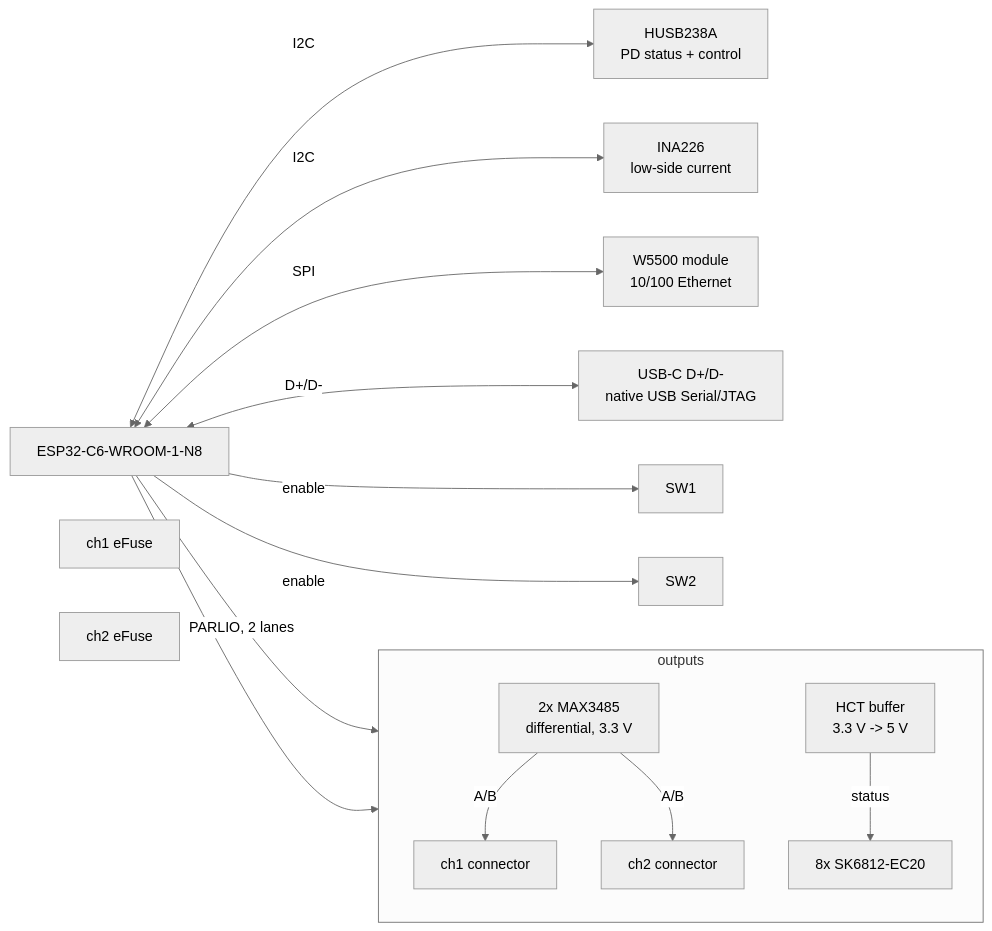
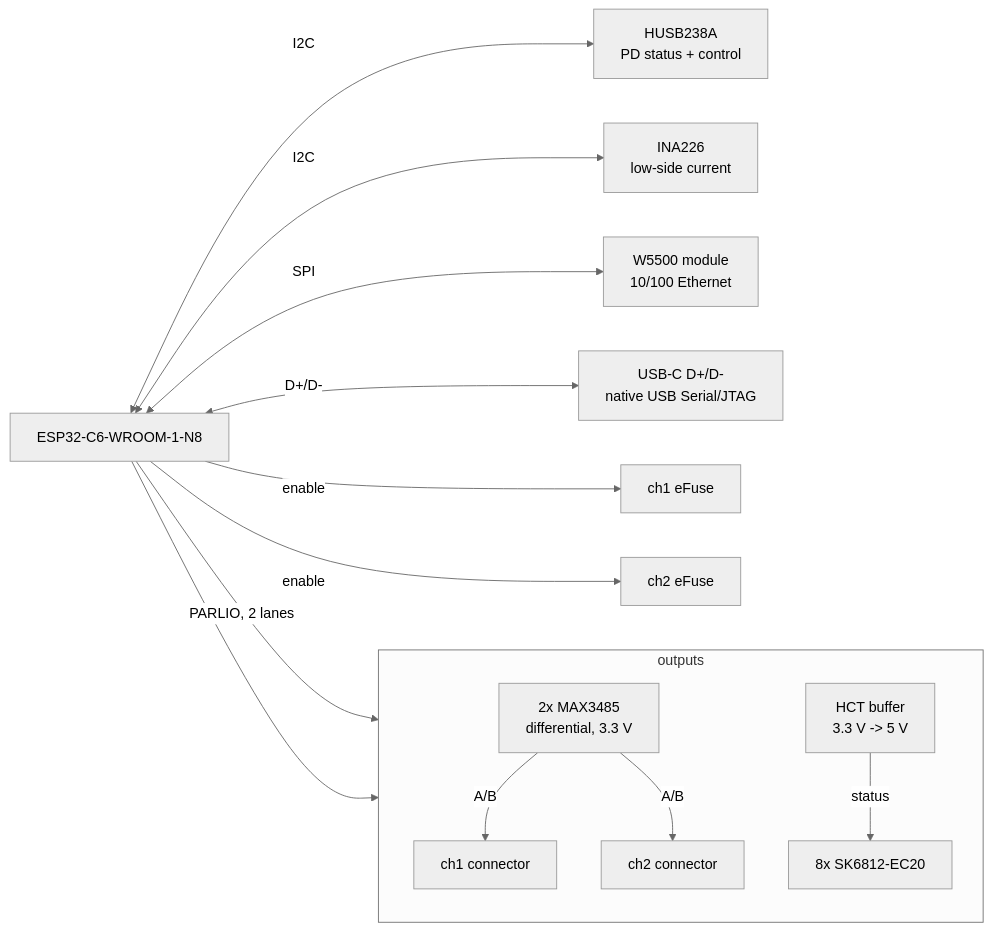
Before and after one commit to lucsoft/pcb-design: the second of 4 diagrams in designs/led-matrix-controller/README.md, drawn with Mermaid (neutral theme). The commit also changed other lines of this file and 18 other files, not shown here.

First line of the commit message:
led-matrix: the same Mermaid mistake twice, and a 0.1 uF met with no margin

````diff
--- a/designs/led-matrix-controller/README.md
+++ b/designs/led-matrix-controller/README.md
@@ -107,29 +107,29 @@
 ```mermaid
 flowchart LR
     MCU["ESP32-C6-WROOM-1-N8"]
 
     PD["HUSB238A<br/>PD status + control"]
     INA["INA226<br/>low-side current"]
     ETH["W5500 module<br/>10/100 Ethernet"]
     USBD["USB-C D+/D-<br/>native USB Serial/JTAG"]
 
     subgraph OUTS["outputs"]
         direction TB
         RS485["2x MAX3485<br/>differential, 3.3 V"] -->|"A/B"| CN1["ch1 connector"]
         RS485 -->|"A/B"| CN2["ch2 connector"]
         BUF["HCT buffer<br/>3.3 V -> 5 V"]
         BUF -->|status| LEDS["8x SK6812-EC20"]
     end
 
     EF1["ch1 eFuse"]
     EF2["ch2 eFuse"]
 
     MCU <-->|I2C| PD
     MCU <-->|I2C| INA
     MCU <-->|SPI| ETH
     MCU <-->|"D+/D-"| USBD
     MCU -->|"PARLIO, 2 lanes"| RS485
     MCU --> BUF
-    MCU -->|enable| SW1
-    MCU -->|enable| SW2
+    MCU -->|enable| EF1
+    MCU -->|enable| EF2
 ```
````
